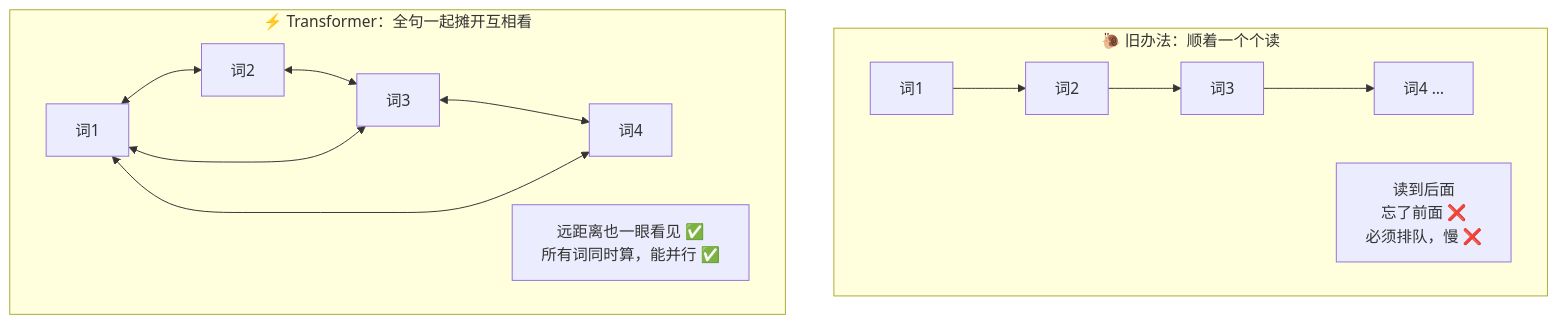
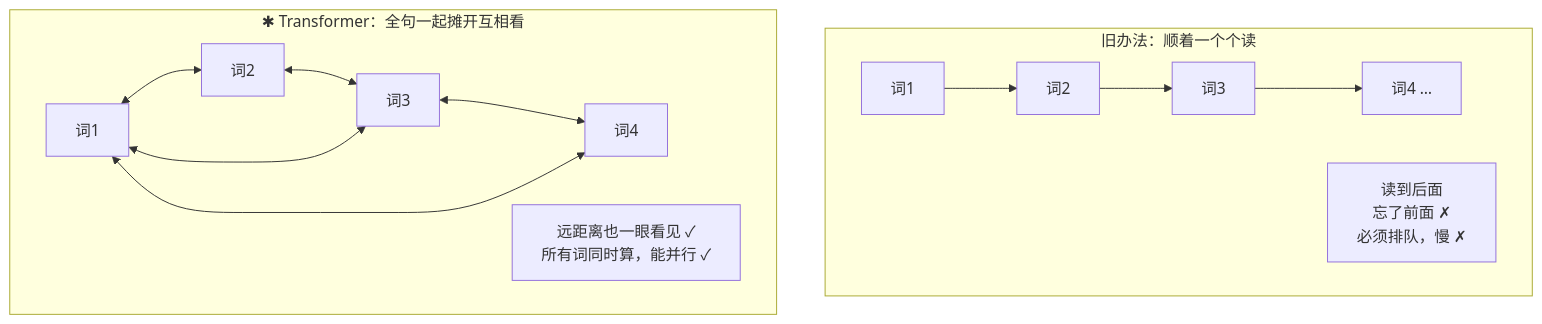
Before and after one commit to luckykhy/KhyAiHub: the second of 5 diagrams in docs/02_CONCEPTS_概念入门/CONCEPT/[CONCEPT-14] 什么是Transformer-变换器.md, drawn with Mermaid. The commit also changed other lines of this file and 19 other files, not shown here.

````diff
--- a/docs/02_CONCEPTS_概念入门/CONCEPT/[CONCEPT-14] 什么是Transformer-变换器.md
+++ b/docs/02_CONCEPTS_概念入门/CONCEPT/[CONCEPT-14] 什么是Transformer-变换器.md
@@ -94,17 +94,17 @@
 ```mermaid
 flowchart TB
-  subgraph OLD["🐌 旧办法：顺着一个个读"]
+  subgraph OLD["旧办法：顺着一个个读"]
     direction LR
     O1["词1"] --> O2["词2"] --> O3["词3"] --> O4["词4 …"]
-    NOTE1["读到后面<br/>忘了前面 ❌<br/>必须排队，慢 ❌"]
+    NOTE1["读到后面<br/>忘了前面 ✗<br/>必须排队，慢 ✗"]
   end
-  subgraph NEW["⚡ Transformer：全句一起摊开互相看"]
+  subgraph NEW["✱ Transformer：全句一起摊开互相看"]
     direction LR
     N1["词1"] <--> N2["词2"]
     N2 <--> N3["词3"]
     N1 <--> N3
     N3 <--> N4["词4"]
     N1 <--> N4
-    NOTE2["远距离也一眼看见 ✅<br/>所有词同时算，能并行 ✅"]
+    NOTE2["远距离也一眼看见 ✓<br/>所有词同时算，能并行 ✓"]
   end
 ```
````
